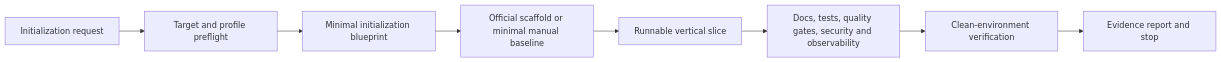
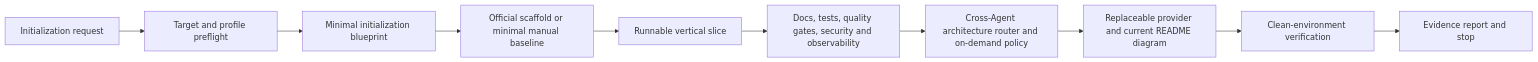
The second of 2 diagrams in docs/architecture.md (helloimcx/skills), drawn with Mermaid before and after one commit. The commit also changed other lines of this file and 13 other files, not shown here.

Commit message:
feat: add architecture governance to project setup

````diff
--- a/docs/architecture.md
+++ b/docs/architecture.md
@@ -60,10 +60,12 @@
 ```mermaid
 flowchart LR
     A["Initialization request"] --> B["Target and profile preflight"]
     B --> C["Minimal initialization blueprint"]
     C --> D["Official scaffold or minimal manual baseline"]
     D --> E["Runnable vertical slice"]
     E --> F["Docs, tests, quality gates, security and observability"]
-    F --> G["Clean-environment verification"]
+    F --> P["Cross-Agent architecture router and on-demand policy"]
+    P --> R["Replaceable provider and current README diagram"]
+    R --> G["Clean-environment verification"]
     G --> H["Evidence report and stop"]
 ```
````
